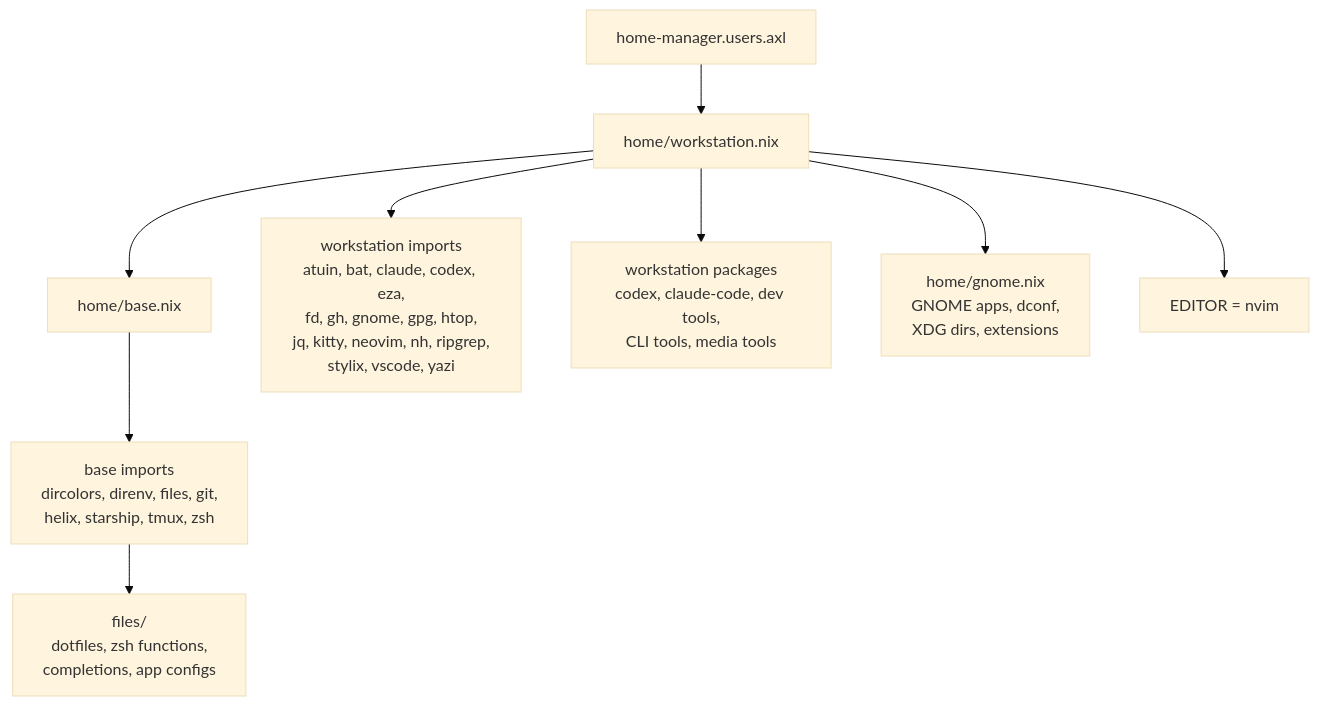
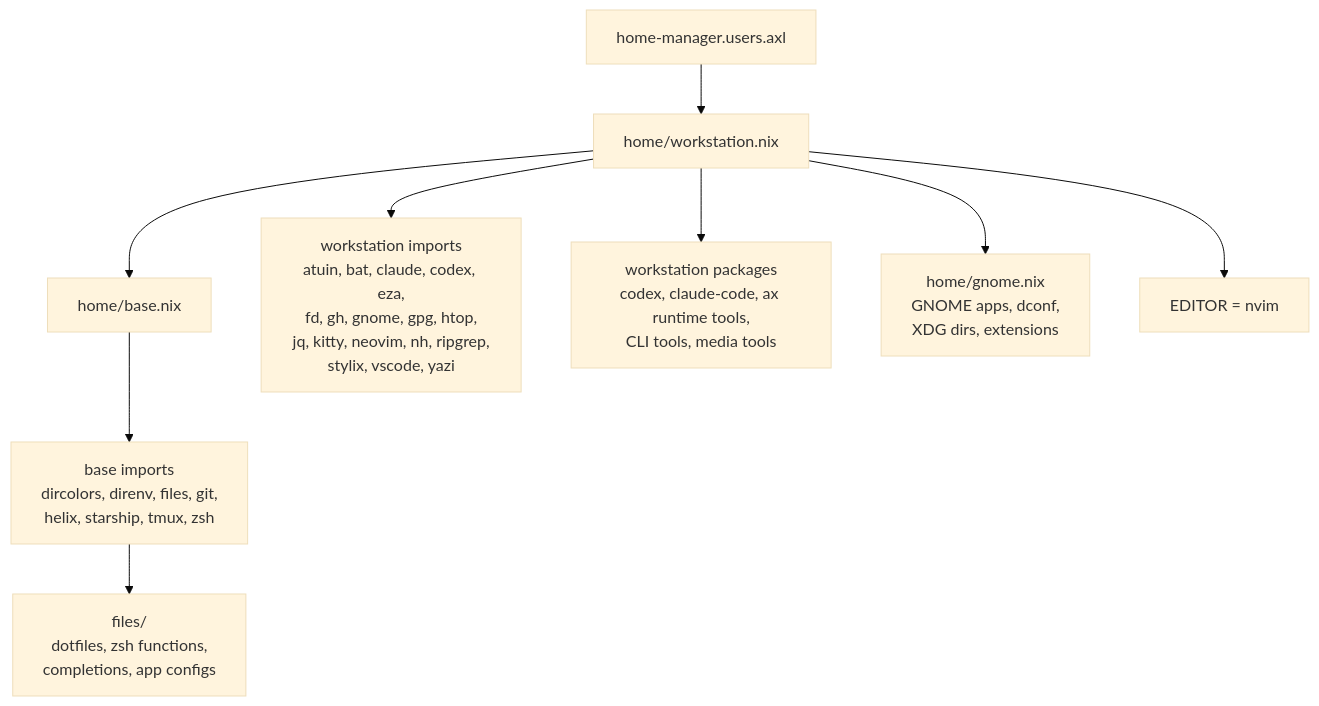
Before and after one commit to axler8r/nixotic: the sixth of 8 diagrams in docs/workstation-configuration-route.md, drawn with Mermaid (base theme). The commit also changed other lines of this file and 3 other files, not shown here.

````diff
--- a/docs/workstation-configuration-route.md
+++ b/docs/workstation-configuration-route.md
@@ -292,22 +292,22 @@
 ```mermaid
 flowchart TD
     HM["home-manager.users.axl"]
     Desktop["home/workstation.nix"]
     HomeBase["home/base.nix"]
 
     DesktopImports["workstation imports\natuin, bat, claude, codex, eza,\nfd, gh, gnome, gpg, htop,\njq, kitty, neovim, nh, ripgrep,\nstylix, vscode, yazi"]
     BaseImports["base imports\ndircolors, direnv, files, git,\nhelix, starship, tmux, zsh"]
-    DesktopPackages["workstation packages\ncodex, claude-code, dev tools,\nCLI tools, media tools"]
+    DesktopPackages["workstation packages\ncodex, claude-code, ax runtime tools,\nCLI tools, media tools"]
     GnomeUser["home/gnome.nix\nGNOME apps, dconf,\nXDG dirs, extensions"]
     Files["files/\ndotfiles, zsh functions,\ncompletions, app configs"]
     Editor["EDITOR = nvim"]
 
     HM --> Desktop
     Desktop --> HomeBase
     Desktop --> DesktopImports
     Desktop --> DesktopPackages
     Desktop --> GnomeUser
     Desktop --> Editor
     HomeBase --> BaseImports
     BaseImports --> Files
 ```
````
